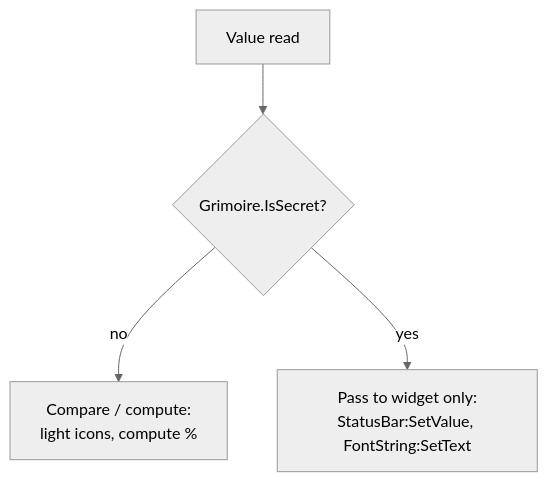
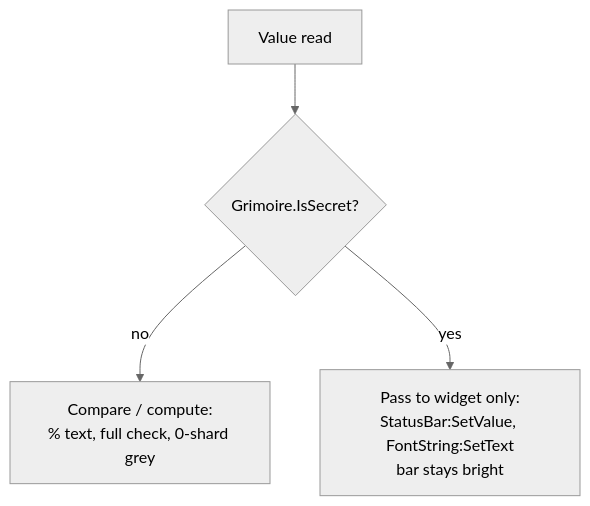
Before and after one commit to PhillypHenning/grimoire: the third of 3 diagrams in docs/features/warlock-resource-bar/README.md, drawn with Mermaid (neutral theme). The commit also changed other lines of this file and 3 other files, not shown here.

First line of the commit message:
Warlock bar: add health bar, single shard icon, fade only when full

````diff
--- a/docs/features/warlock-resource-bar/README.md
+++ b/docs/features/warlock-resource-bar/README.md
@@ -84,6 +77,6 @@
 ```mermaid
 flowchart TD
     V[Value read] --> Q{Grimoire.IsSecret?}
-    Q -- no --> P[Compare / compute:<br/>light icons, compute %]
-    Q -- yes --> S[Pass to widget only:<br/>StatusBar:SetValue, FontString:SetText]
+    Q -- no --> P[Compare / compute:<br/>% text, full check, 0-shard grey]
+    Q -- yes --> S[Pass to widget only:<br/>StatusBar:SetValue, FontString:SetText<br/>bar stays bright]
 ```
````
